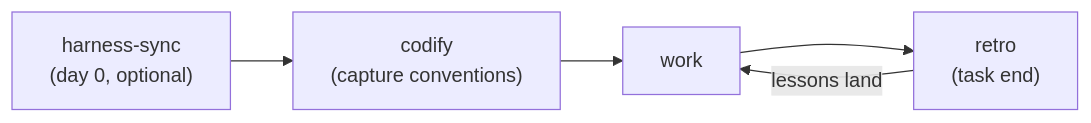
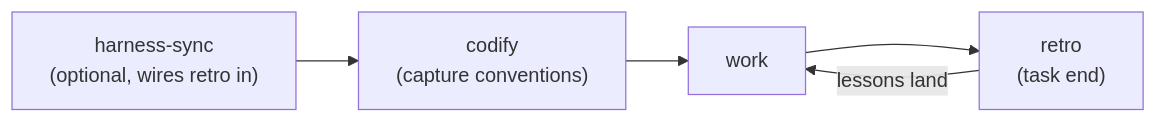
Before and after one commit to BCGen/skills: the diagram in README.md, drawn with Mermaid. The commit also changed other lines of this file and 1 other file, not shown here.

Commit message:
docs: lead harness-sync positioning with its value, drop 'day 0'

````diff
--- a/README.md
+++ b/README.md
@@ -51,7 +51,7 @@
 ```mermaid
 flowchart LR
-    A["harness-sync<br/>(day 0, optional)"] --> B["codify<br/>(capture conventions)"]
+    A["harness-sync<br/>(optional, wires retro in)"] --> B["codify<br/>(capture conventions)"]
     B --> C[work]
     C --> D["retro<br/>(task end)"]
     D -->|lessons land| C
 ```
````
